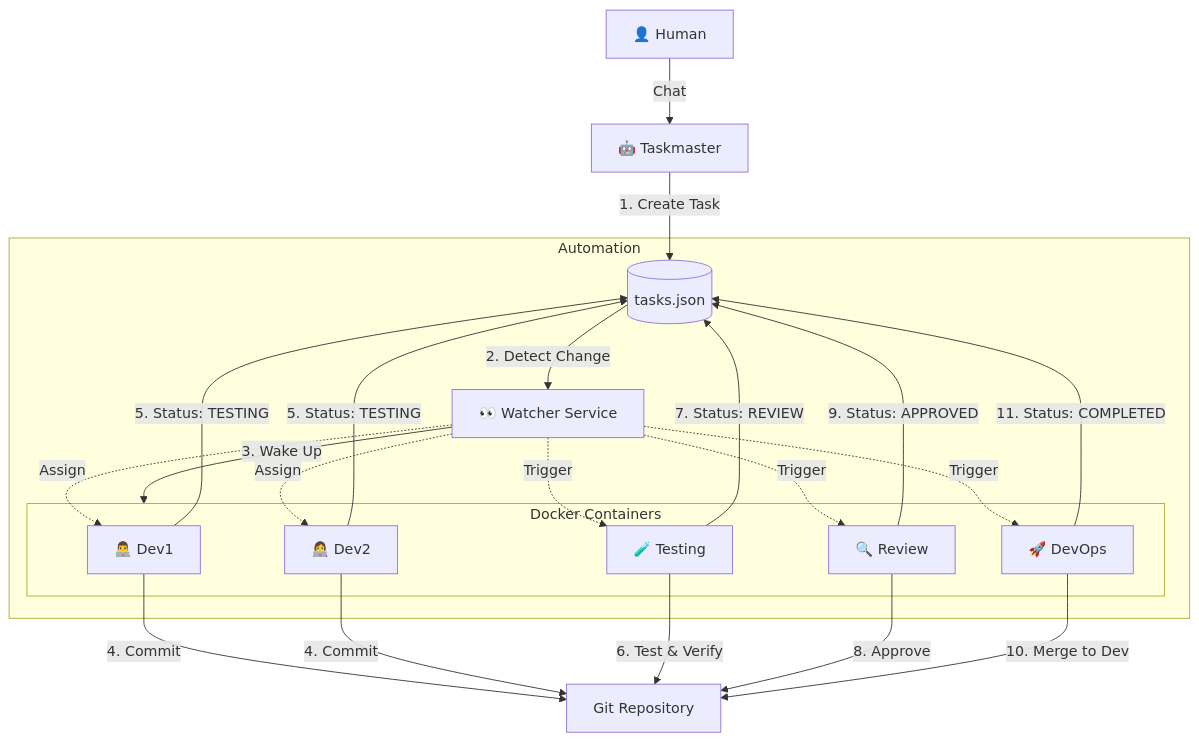
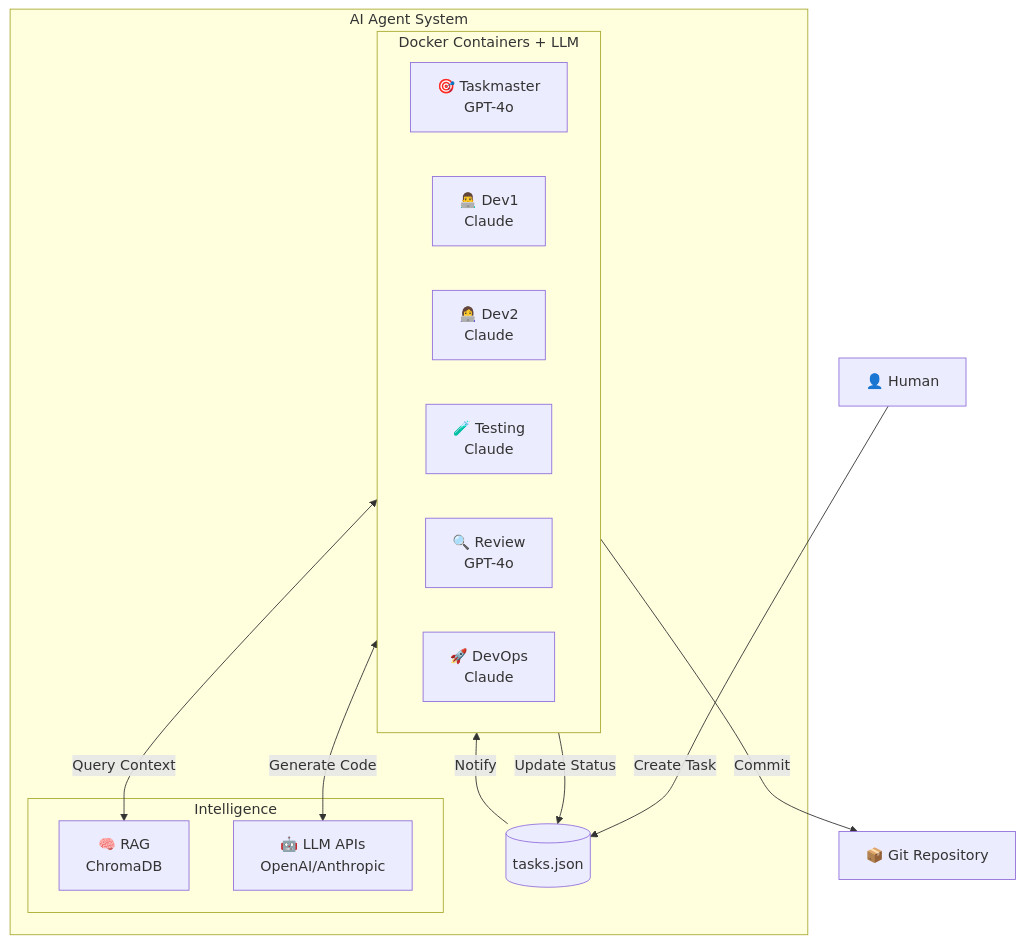
One commit to Auda29/Dev_Stack_Complete changed the diagram in README.md. Above: the diagram before and after it, drawn with Mermaid. The commit also changed other lines of this file and 4 other files, not shown here.

Commit message:
feat: Introduce production-ready LLM integration with RAG, multi-agent capabilities, and completely rewritten documentation for quick setup.

````diff
--- a/README.md
+++ b/README.md
@@ -25,39 +37,28 @@
 ```mermaid
 graph TD
-    Human[👤 Human] -->|Chat| Taskmaster[🤖 Taskmaster]
-    Taskmaster -->|1. Create Task| JSON[(tasks.json)]
+    Human[👤 Human] -->|Create Task| JSON[(tasks.json)]
     
-    subgraph Automation
-        JSON -->|2. Detect Change| Watcher[👀 Watcher Service]
-        Watcher -->|3. Wake Up| Agents
+    subgraph "AI Agent System"
+        JSON -->|Notify| Agents
+        
+        subgraph Agents [Docker Containers + LLM]
+            Taskmaster[🎯 Taskmaster<br/>GPT-4o]
+            Dev1[👨‍💻 Dev1<br/>Claude]
+            Dev2[👩‍💻 Dev2<br/>Claude]
+            Testing[🧪 Testing<br/>Claude]
+            Review[🔍 Review<br/>GPT-4o]
+            DevOps[🚀 DevOps<br/>Claude]
+        end
+        
+        subgraph Intelligence
+            RAG[🧠 RAG<br/>ChromaDB]
+            LLM[🤖 LLM APIs<br/>OpenAI/Anthropic]
+        end
+        
+        Agents <-->|Query Context| RAG
+        Agents <-->|Generate Code| LLM
     end
     
-    subgraph Agents [Docker Containers]
-        Dev1[👨‍💻 Dev1]
-        Dev2[👩‍💻 Dev2]
-        Testing[🧪 Testing]
-        Review[🔍 Review]
-        DevOps[🚀 DevOps]
-    end
-    
-    Watcher -.->|Assign| Dev1
-    Watcher -.->|Assign| Dev2
-    
-    Dev1 -->|4. Commit| Git[Git Repository]
-    Dev2 -->|4. Commit| Git
-    
-    Dev1 -->|5. Status: TESTING| JSON
-    Dev2 -->|5. Status: TESTING| JSON
-    
-    Watcher -.->|Trigger| Testing
-    Testing -->|6. Test & Verify| Git
-    Testing -->|7. Status: REVIEW| JSON
-    
-    Watcher -.->|Trigger| Review
-    Review -->|8. Approve| Git
-    Review -->|9. Status: APPROVED| JSON
-    
-    Watcher -.->|Trigger| DevOps
-    DevOps -->|10. Merge to Dev| Git
-    DevOps -->|11. Status: COMPLETED| JSON
+    Agents -->|Commit| Git[📦 Git Repository]
+    Agents -->|Update Status| JSON
 ```
````
